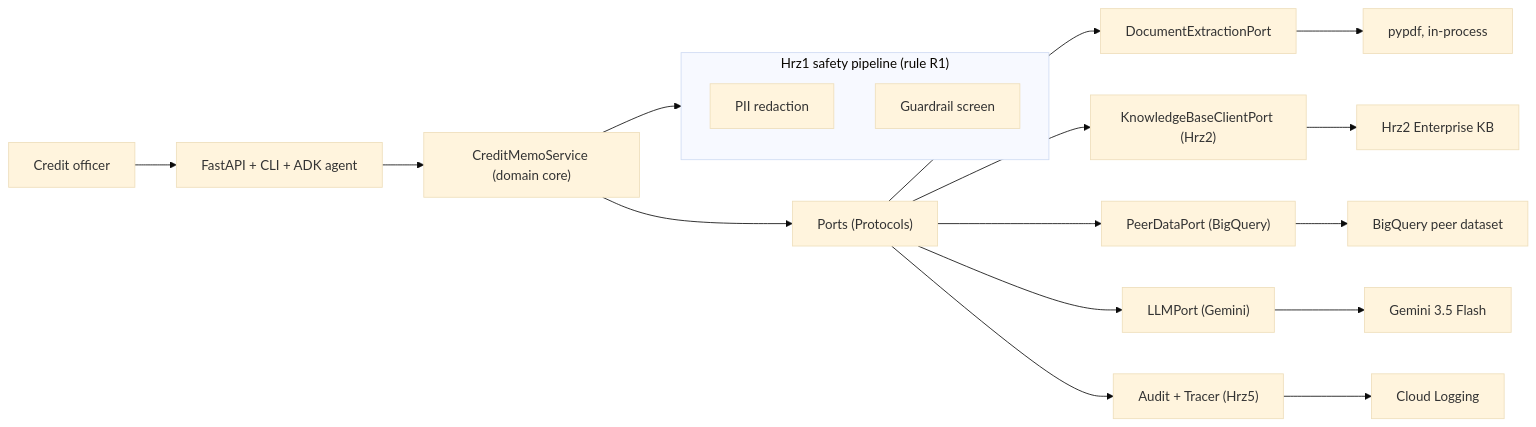
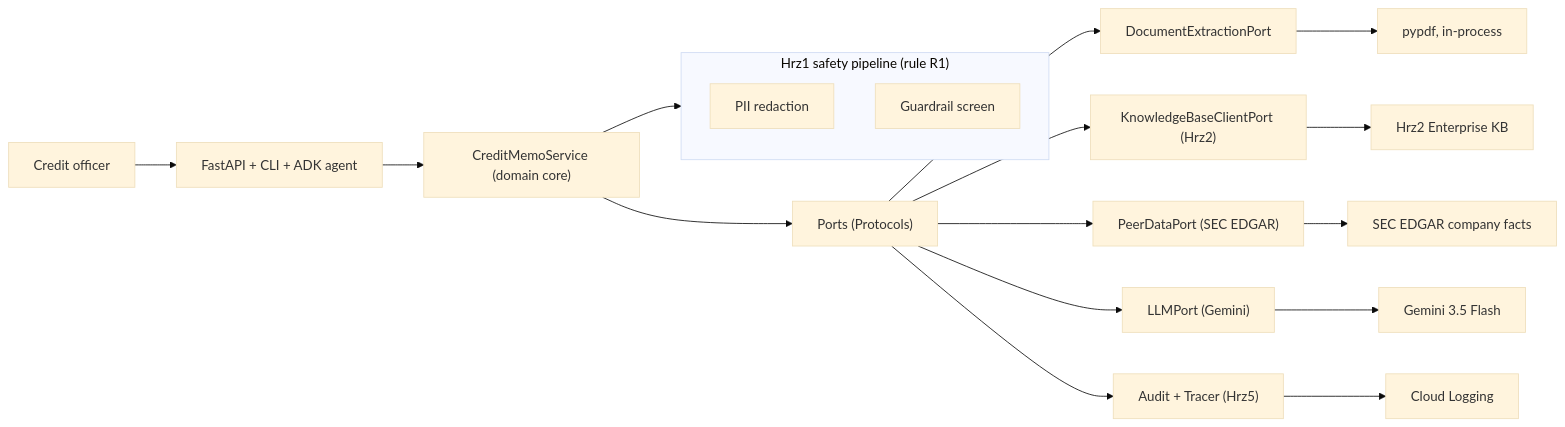
The first of 2 diagrams in README.md (portable-genai/credit-memo-drafting), drawn with Mermaid (base theme) before and after one commit. The commit also changed other lines of this file and 29 other files, not shown here.

````diff
--- a/README.md
+++ b/README.md
@@ -40,21 +40,21 @@
 ```mermaid
 flowchart LR
   officer["Credit officer"] --> api["FastAPI + CLI + ADK agent"]
   api --> svc["CreditMemoService (domain core)"]
   subgraph safety["Hrz1 safety pipeline (rule R1)"]
     redact["PII redaction"]
     guard["Guardrail screen"]
   end
   svc --> safety
   svc --> ports["Ports (Protocols)"]
   ports --> extract["DocumentExtractionPort"]
   ports --> kb["KnowledgeBaseClientPort (Hrz2)"]
-  ports --> peers["PeerDataPort (BigQuery)"]
+  ports --> peers["PeerDataPort (SEC EDGAR)"]
   ports --> llm["LLMPort (Gemini)"]
   ports --> obs["Audit + Tracer (Hrz5)"]
   extract --> parse["pypdf, in-process"]
   kb --> a2["Hrz2 Enterprise KB"]
-  peers --> bq["BigQuery peer dataset"]
+  peers --> bq["SEC EDGAR company facts"]
   llm --> gemini["Gemini 3.5 Flash"]
   obs --> logs["Cloud Logging"]
 ```
````
